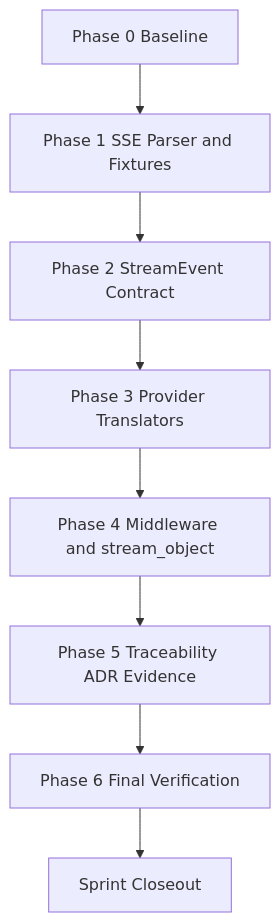
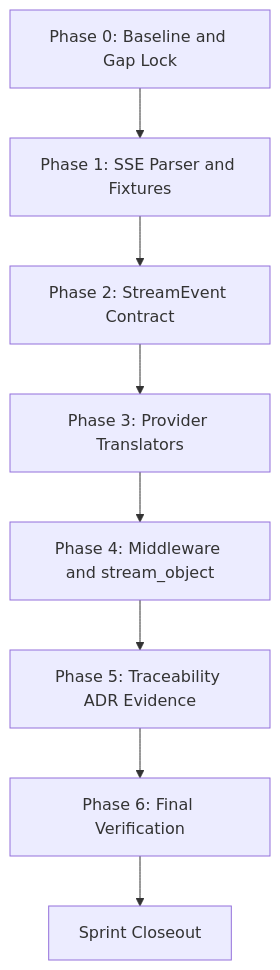
Before and after one commit to jaytaylor/attractor-tcl: the third of 5 diagrams in docs/sprints/SPRINT-005-comprehensive-implementation-plan.md, drawn with Mermaid. The commit also changed other lines of this file, not shown here.

````diff
--- a/docs/sprints/SPRINT-005-comprehensive-implementation-plan.md
+++ b/docs/sprints/SPRINT-005-comprehensive-implementation-plan.md
@@ -916,10 +483,10 @@
 ```mermaid
 flowchart TD
-  A[Phase 0 Baseline] --> B[Phase 1 SSE Parser and Fixtures]
-  B --> C[Phase 2 StreamEvent Contract]
-  C --> D[Phase 3 Provider Translators]
-  D --> E[Phase 4 Middleware and stream_object]
-  E --> F[Phase 5 Traceability ADR Evidence]
-  F --> G[Phase 6 Final Verification]
+  A[Phase 0: Baseline and Gap Lock] --> B[Phase 1: SSE Parser and Fixtures]
+  B --> C[Phase 2: StreamEvent Contract]
+  C --> D[Phase 3: Provider Translators]
+  D --> E[Phase 4: Middleware and stream_object]
+  E --> F[Phase 5: Traceability ADR Evidence]
+  F --> G[Phase 6: Final Verification]
   G --> H[Sprint Closeout]
 ```
````
